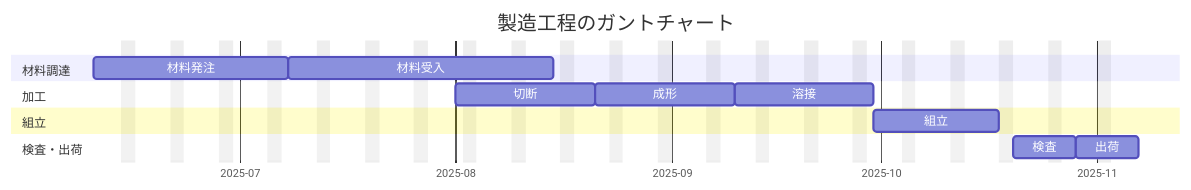
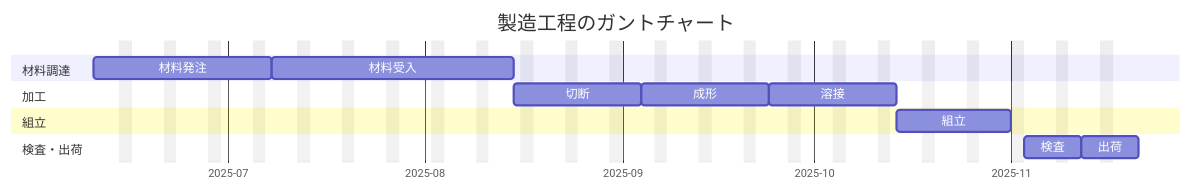
The diagram in Comp/GithubCopilotAgent/seizou_gantt.mmd (sdkn104/misc), drawn with Mermaid before and after one commit.

Commit message:
Update Gantt chart configuration and adjust cutting start date in seizou_gantt.mmd

```diff
--- a/Comp/GithubCopilotAgent/seizou_gantt.mmd
+++ b/Comp/GithubCopilotAgent/seizou_gantt.mmd
@@ -1,23 +1,26 @@
 ---
 displayMode: compact
 config:
   theme: default
+  gantt:
+    axisFontSize: 24
+    todayMarker: off
 ---
 gantt
     title 製造工程のガントチャート
     dateFormat  YYYY-MM-DD
     tickInterval 1month
     axisFormat %Y-%m 
     excludes    weekends
     section 材料調達
     材料発注           :a1, 2025-06-10, 20d
     材料受入           :a2, after a1, 4w
     section 加工
-    切断               :b1, 2025-08-01, 2w
+    切断               :b1, 2025-08-15, 2w
     成形               :b2, after b1, 2w
     溶接               :b3, after b2, 2w
     section 組立
     組立               :c1, after b3, 2w
     section 検査・出荷
     検査               :d1, after c1, 1w
     出荷               :d2, after d1, 1w
```
